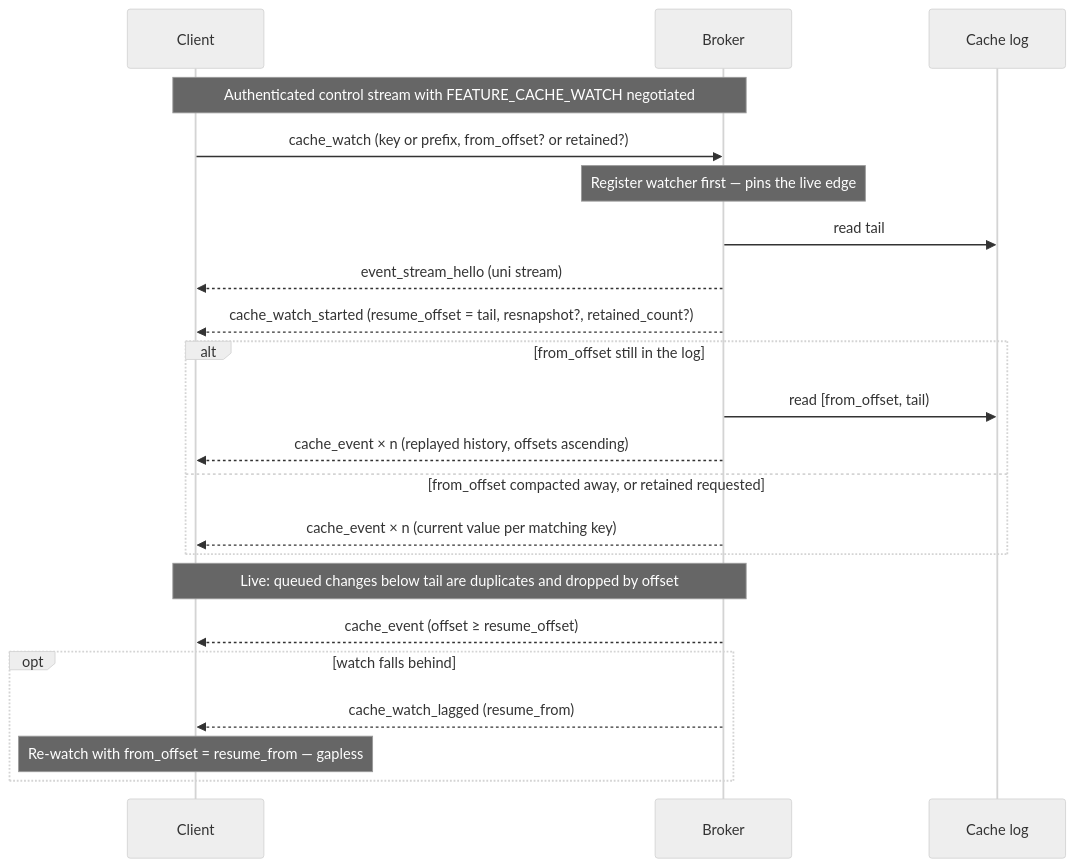
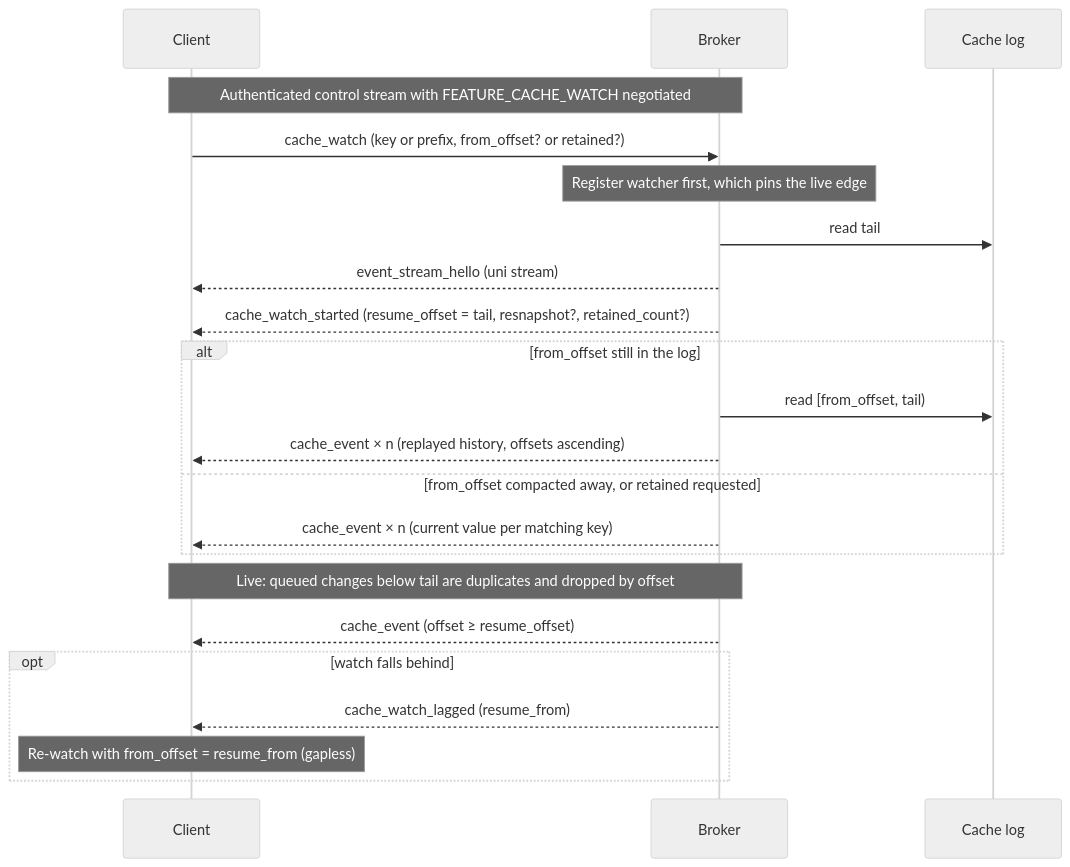
The third of 3 diagrams in docs/protocol.md (GetFelix/felix), drawn with Mermaid (neutral theme) before and after one commit. The commit also changed other lines of this file, not shown here.

````diff
--- a/docs/protocol.md
+++ b/docs/protocol.md
@@ -759,24 +759,24 @@
 ```mermaid
 sequenceDiagram
     participant C as Client
     participant B as Broker
     participant L as Cache log
     Note over C,B: Authenticated control stream with FEATURE_CACHE_WATCH negotiated
     C->>B: cache_watch (key or prefix, from_offset? or retained?)
-    Note over B: Register watcher first — pins the live edge
+    Note over B: Register watcher first, which pins the live edge
     B->>L: read tail
     B-->>C: event_stream_hello (uni stream)
     B-->>C: cache_watch_started (resume_offset = tail, resnapshot?, retained_count?)
     alt from_offset still in the log
         B->>L: read [from_offset, tail)
         B-->>C: cache_event × n (replayed history, offsets ascending)
     else from_offset compacted away, or retained requested
         B-->>C: cache_event × n (current value per matching key)
     end
     Note over B,C: Live: queued changes below tail are duplicates and dropped by offset
     B-->>C: cache_event (offset ≥ resume_offset)
     opt watch falls behind
         B-->>C: cache_watch_lagged (resume_from)
-        Note over C: Re-watch with from_offset = resume_from — gapless
+        Note over C: Re-watch with from_offset = resume_from (gapless)
     end
 ```
````
